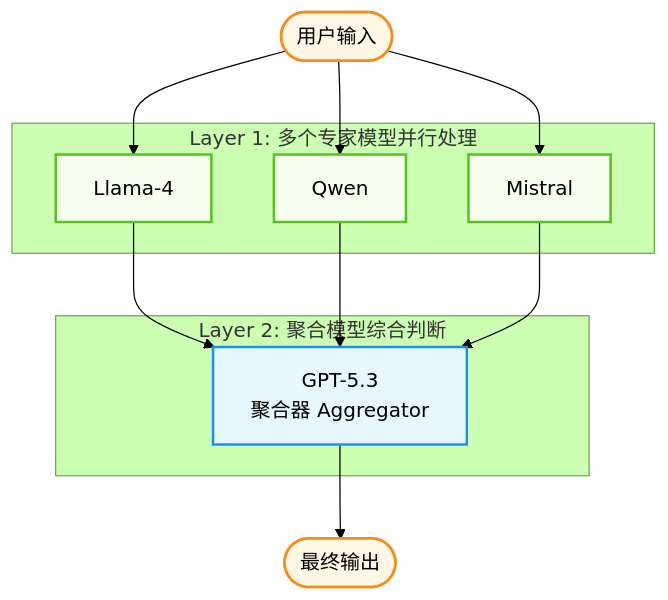
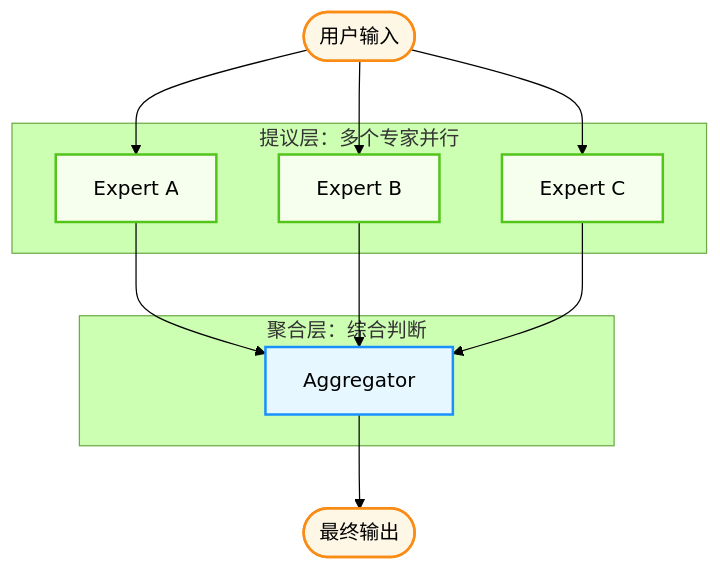
Before and after one commit to yeasy/agentic_ai_guide: the diagram in 05_collaboration/5.3_dynamic_teaming.md, drawn with Mermaid (forest theme). The commit also changed other lines of this file and 88 other files, not shown here.

````diff
--- a/05_collaboration/5.3_dynamic_teaming.md
+++ b/05_collaboration/5.3_dynamic_teaming.md
@@ -200,31 +203,30 @@
 ```mermaid
 graph TD
-    %% Agentic Design System
     classDef user fill:#fff7e6,stroke:#fa8c16,stroke-width:2px;
     classDef agent fill:#e6f7ff,stroke:#1890ff,stroke-width:2px;
     classDef tool fill:#f6ffed,stroke:#52c41a,stroke-width:2px;
 
-    subgraph Layer1 [Layer 1: 多个专家模型并行处理]
-        M1[Llama-4]
-        M2[Qwen]
-        M3[Mistral]
+    subgraph Layer1[提议层：多个专家并行]
+        M1[Expert A]
+        M2[Expert B]
+        M3[Expert C]
     end
-    
-    subgraph Layer2 [Layer 2: 聚合模型综合判断]
-        Agg[GPT-5.3<br>聚合器 Aggregator]
+
+    subgraph Layer2[聚合层：综合判断]
+        Agg[Aggregator]
     end
-    
+
     Input([用户输入]) --> M1
     Input --> M2
     Input --> M3
-    
+
     M1 --> Agg
     M2 --> Agg
     M3 --> Agg
-    
+
     Agg --> Output([最终输出])
-    
+
     class Input,Output user;
     class M1,M2,M3 tool;
     class Agg agent;
 ```
````
